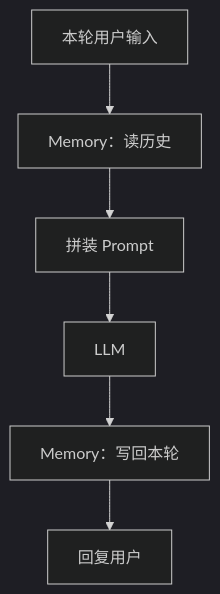
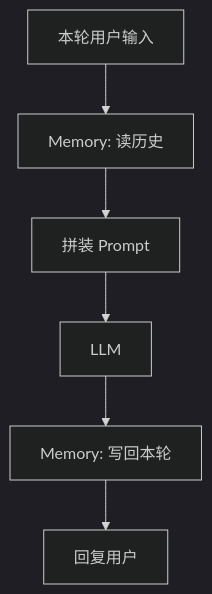
Before and after one commit to l552177239/my-note: the second of 5 diagrams in docs/03.AI/20.大编排.md, drawn with Mermaid (dark theme). The commit also changed other lines of this file and 9 other files, not shown here.

Commit message:
Add Mermaid.js support: Integrate the mermaidjs plugin into VuePress configuration and update package.json to include the plugin dependency, enabling flowchart and sequence diagram rendering.

````diff
--- a/docs/03.AI/20.大编排.md
+++ b/docs/03.AI/20.大编排.md
@@ -140,8 +140,8 @@
 ```mermaid
 flowchart TB
-  U[本轮用户输入] --> Mem[Memory：读历史]
+  U[本轮用户输入] --> Mem["Memory: 读历史"]
   Mem --> Prompt[拼装 Prompt]
   Prompt --> LLM[LLM]
-  LLM --> W[Memory：写回本轮]
+  LLM --> W["Memory: 写回本轮"]
   W --> Out[回复用户]
 ```
````
